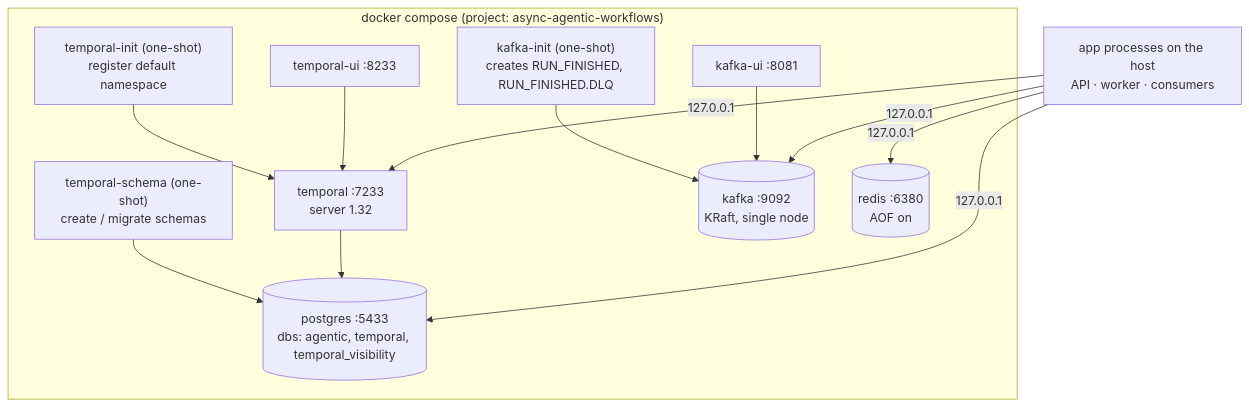
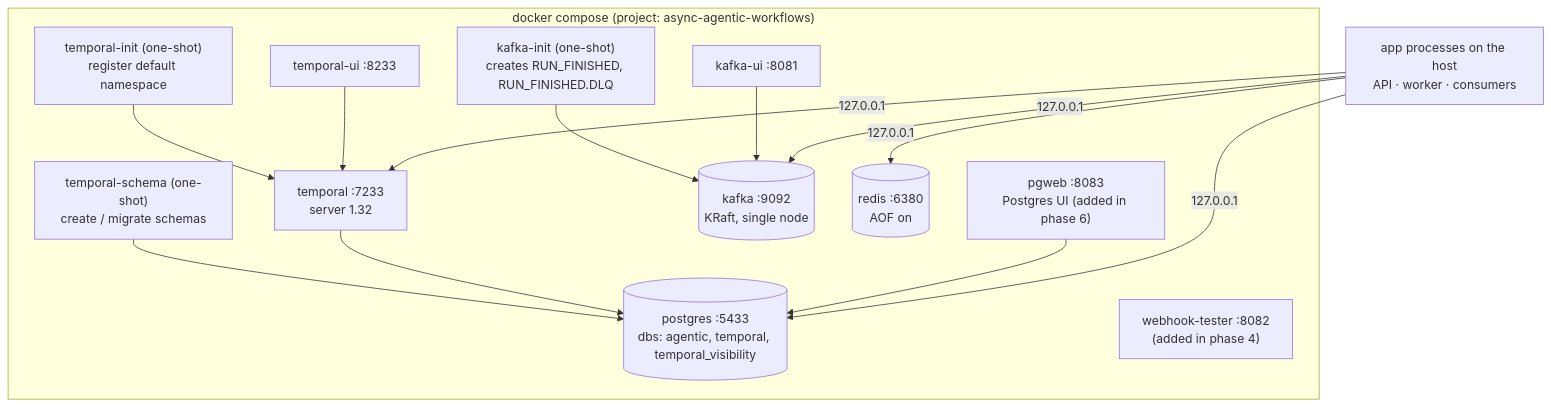
Before and after one commit to Anirudh1905/async-agentic-workflows: the diagram in docs/phases/phase-2-infrastructure.md, drawn with Mermaid. The commit also changed other lines of this file and 35 other files, not shown here.

````diff
--- a/docs/phases/phase-2-infrastructure.md
+++ b/docs/phases/phase-2-infrastructure.md
@@ -5,21 +5,24 @@
 ```mermaid
 flowchart TB
     subgraph compose["docker compose (project: async-agentic-workflows)"]
         PG[("postgres :5433<br/>dbs: agentic, temporal, temporal_visibility")]
         TSC["temporal-schema (one-shot)<br/>create / migrate schemas"]
         TS["temporal :7233<br/>server 1.32"]
         TI["temporal-init (one-shot)<br/>register default namespace"]
         TUI["temporal-ui :8233"]
         K[("kafka :9092<br/>KRaft, single node")]
         KI["kafka-init (one-shot)<br/>creates RUN_FINISHED, RUN_FINISHED.DLQ"]
         KUI["kafka-ui :8081"]
         R[("redis :6380<br/>AOF on")]
+        WH["webhook-tester :8082<br/>(added in phase 4)"]
+        PGW["pgweb :8083<br/>Postgres UI (added in phase 6)"]
         TSC --> PG
         TS --> PG
         TI --> TS
         TUI --> TS
         KI --> K
         KUI --> K
+        PGW --> PG
     end
     APP["app processes on the host<br/>API · worker · consumers"] -->|127.0.0.1| TS & K & R & PG
 ```
````
